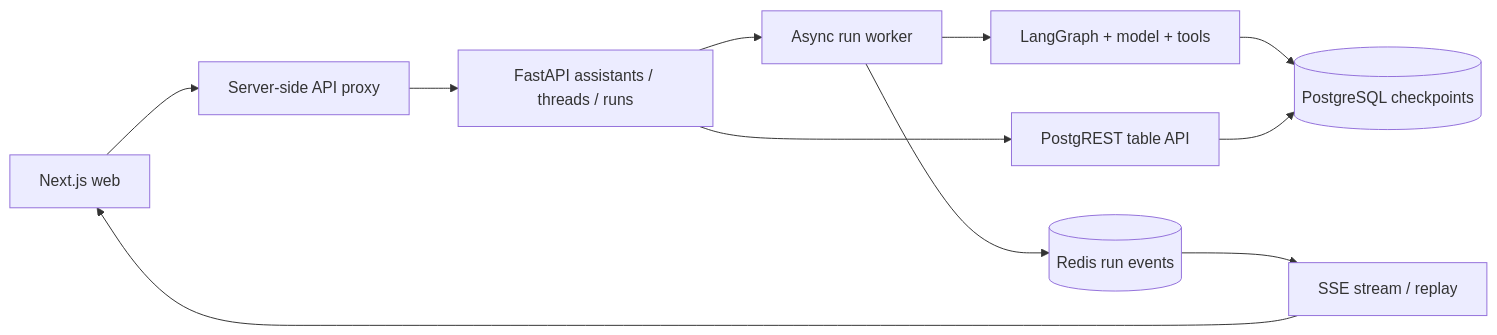
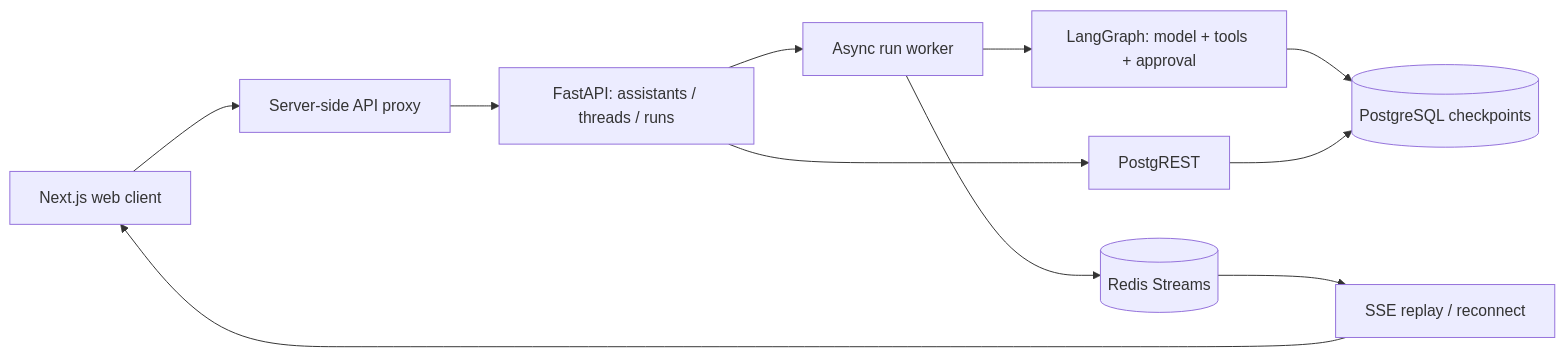
The diagram in README.md (Veer376/doot-agent), drawn with Mermaid before and after one commit. The commit also changed other lines of this file and 26 other files, not shown here.

````diff
--- a/README.md
+++ b/README.md
@@ -51,13 +105,13 @@
 ```mermaid
 flowchart LR
-  UI[Next.js web] --> Proxy[Server-side API proxy]
-  Proxy --> API[FastAPI assistants / threads / runs]
+  Web[Next.js web client] --> Proxy[Server-side API proxy]
+  Proxy --> API[FastAPI: assistants / threads / runs]
   API --> Worker[Async run worker]
-  Worker --> Graph[LangGraph + model + tools]
+  Worker --> Graph[LangGraph: model + tools + approval]
   Graph --> PG[(PostgreSQL checkpoints)]
-  Worker --> Redis[(Redis run events)]
-  Redis --> SSE[SSE stream / replay]
-  SSE --> UI
-  API --> REST[PostgREST table API]
+  Worker --> Redis[(Redis Streams)]
+  Redis --> SSE[SSE replay / reconnect]
+  SSE --> Web
+  API --> REST[PostgREST]
   REST --> PG
 ```
````
